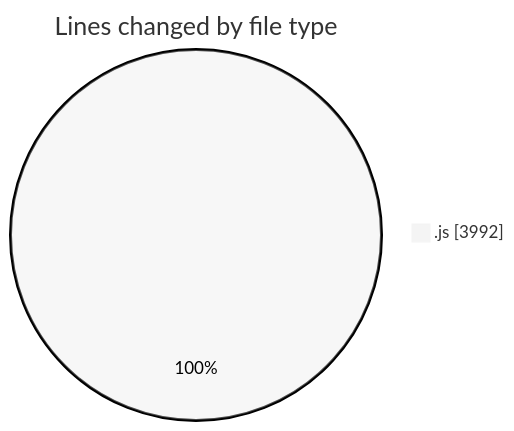
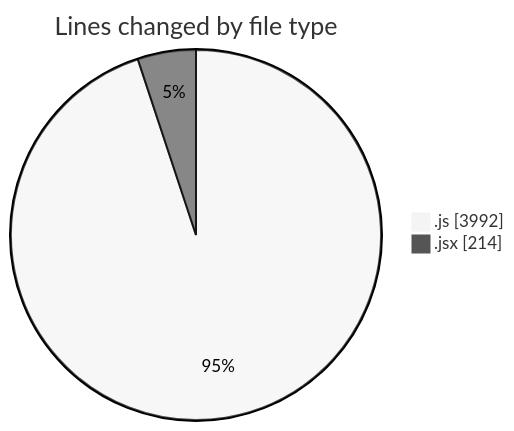
One commit to nxtqubesakshisongat/code-tracking changed the first of 2 diagrams in 2025-12-12/nxtqube_webapp/README.md. Above: the diagram before and after it, drawn with Mermaid (neutral theme). The commit also changed other lines of this file and 1 other file, not shown here.

````diff
--- a/2025-12-12/nxtqube_webapp/README.md
+++ b/2025-12-12/nxtqube_webapp/README.md
@@ -23,5 +24,6 @@
 ```mermaid
 pie showData
 title Lines changed by file type
 ".js" : 3992
+".jsx" : 214
 ```
````
